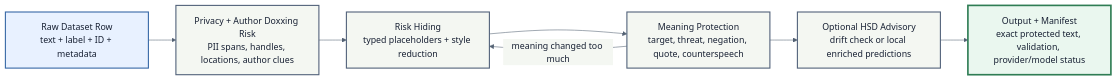
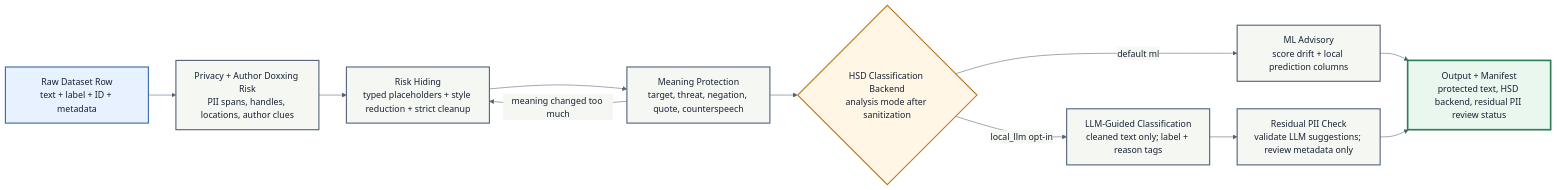
Before and after one commit to batinium/PrivHSD-Challenge: the diagram in docs/challenge/model_task_pipeline_pitch.md, drawn with Mermaid. The commit also changed other lines of this file and 3 other files, not shown here.

````diff
--- a/docs/challenge/model_task_pipeline_pitch.md
+++ b/docs/challenge/model_task_pipeline_pitch.md
@@ -13,18 +13,24 @@
 ```mermaid
 
 %%{init: {"theme": "base", "themeVariables": {"fontFamily": "Inter, Arial, sans-serif", "primaryTextColor": "#172033", "lineColor": "#536173", "primaryBorderColor": "#52627A", "primaryColor": "#EEF4FF", "secondaryColor": "#F4F7F2", "tertiaryColor": "#FFF6E5"}}}%%
 flowchart LR
     A["Raw Dataset Row<br/>text + label + ID + metadata"]:::input
     B["Privacy + Author Doxxing Risk<br/>PII spans, handles, locations, author clues"]:::task
-    C["Risk Hiding<br/>typed placeholders + style reduction"]:::task
+    C["Risk Hiding<br/>typed placeholders + style reduction + strict cleanup"]:::task
     D["Meaning Protection<br/>target, threat, negation, quote, counterspeech"]:::task
-    E["Optional HSD Advisory<br/>drift check or local enriched predictions"]:::task
-    F["Output + Manifest<br/>exact protected text, validation, provider/model status"]:::output
+    E{"HSD Classification Backend<br/>analysis mode after sanitization"}:::decision
+    M["ML Advisory<br/>score drift + local prediction columns"]:::task
+    L["LLM-Guided Classification<br/>cleaned text only; label + reason tags"]:::task
+    R["Residual PII Check<br/>validate LLM suggestions; review metadata only"]:::task
+    F["Output + Manifest<br/>protected text, HSD backend, residual PII review status"]:::output
 
-    A --> B --> C --> D --> E --> F
+    A --> B --> C --> D --> E
+    E -- "default ml" --> M --> F
+    E -- "local_llm opt-in" --> L --> R --> F
     D -- "meaning changed too much" --> C
 
     classDef input fill:#E8F1FF,stroke:#3768A6,stroke-width:2px,color:#172033;
     classDef task fill:#F4F7F2,stroke:#52627A,stroke-width:2px,color:#172033;
+    classDef decision fill:#FFF6E5,stroke:#B7791F,stroke-width:2px,color:#172033;
     classDef output fill:#EAF7EF,stroke:#2F7D54,stroke-width:3px,color:#172033;
 ```
````
